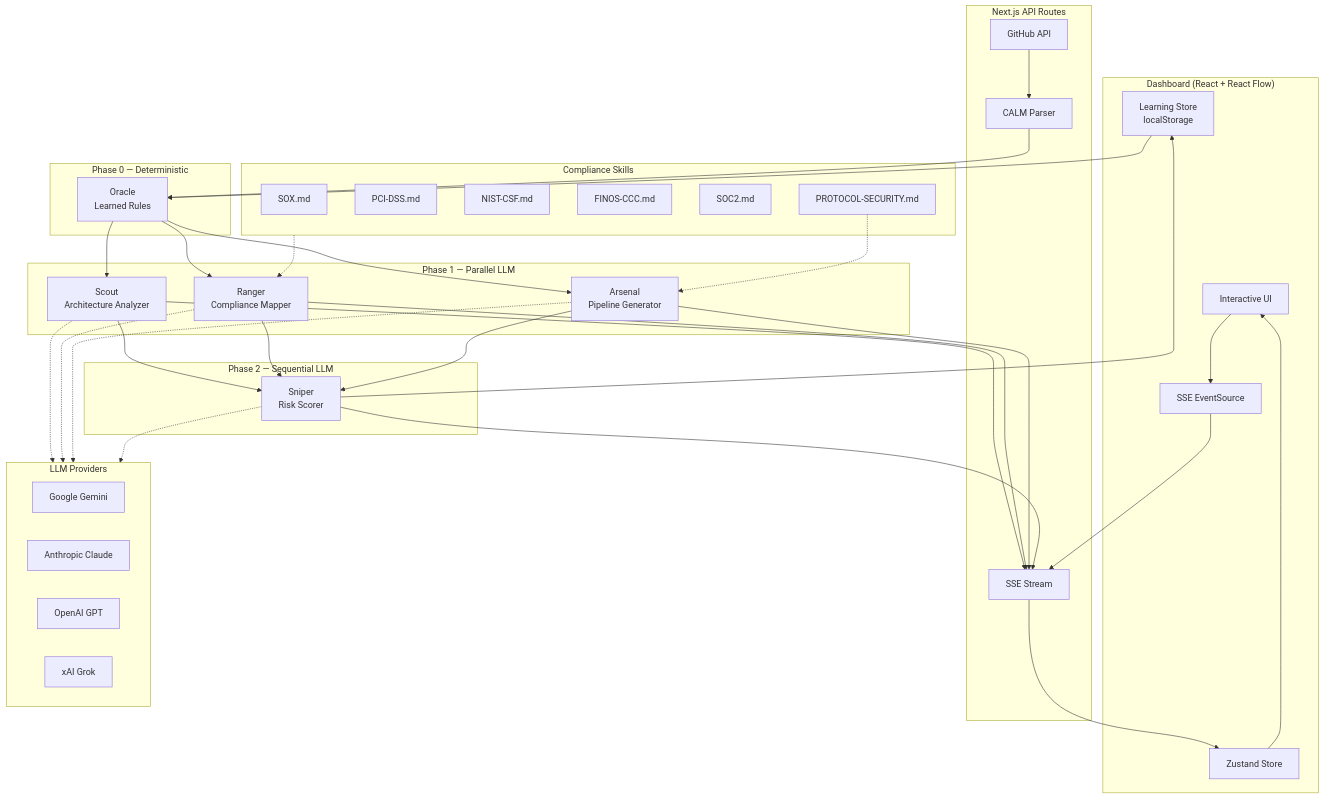
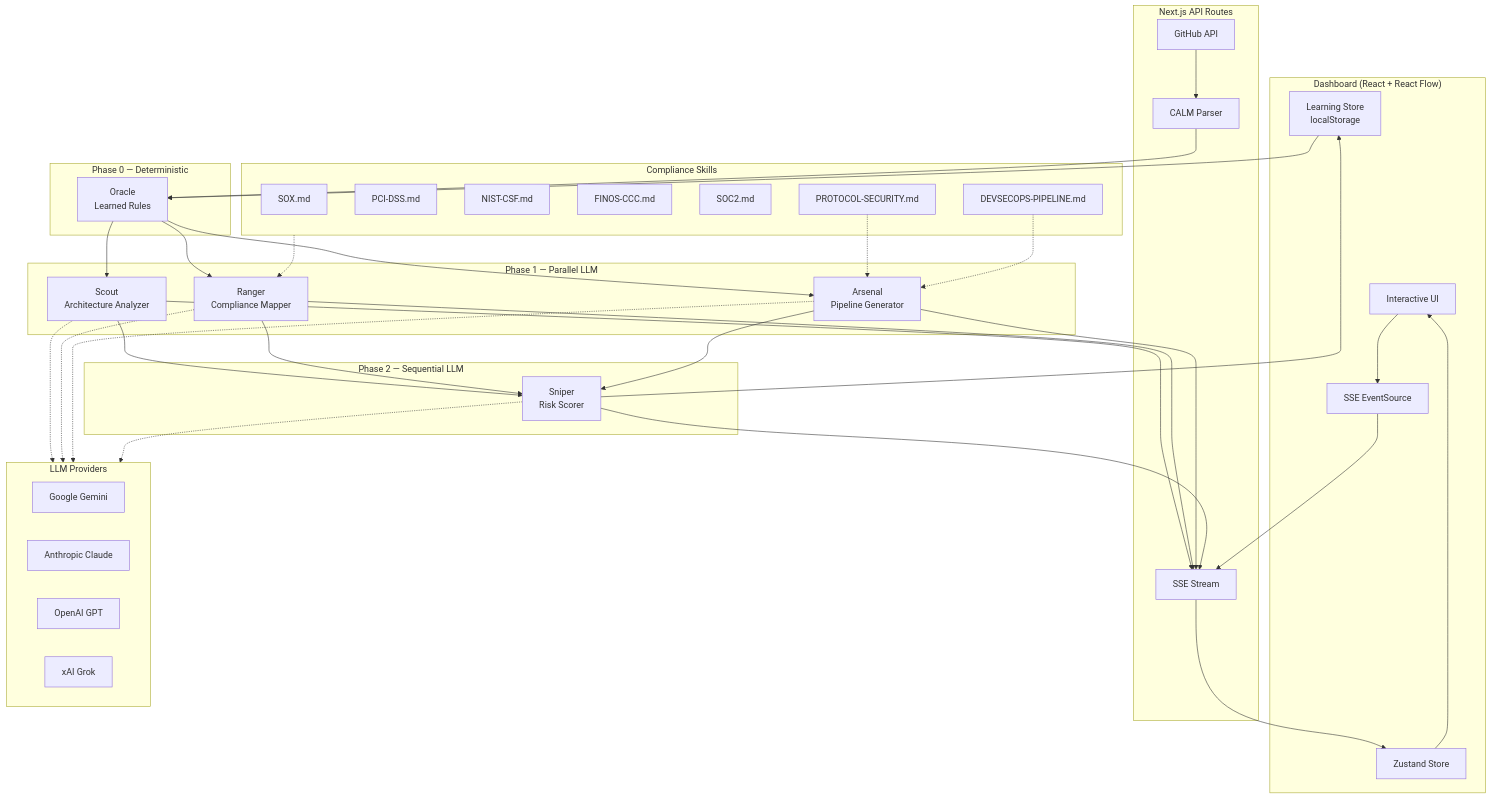
The diagram in README.md (opsflo/calmguard), drawn with Mermaid before and after one commit. The commit also changed other lines of this file, not shown here.

First line of the commit message:
docs: document pipeline capabilities and add MCP Server to roadmap

````diff
--- a/README.md
+++ b/README.md
@@ -98,57 +98,59 @@
 ```mermaid
 graph TB
     subgraph Client["Dashboard (React + React Flow)"]
         UI[Interactive UI]
         SSE[SSE EventSource]
         Store[Zustand Store]
         LS[Learning Store<br/>localStorage]
     end
 
     subgraph API["Next.js API Routes"]
         Parse[CALM Parser]
         Stream[SSE Stream]
         GH[GitHub API]
     end
 
     subgraph Phase0["Phase 0 — Deterministic"]
         Oracle["Oracle<br/>Learned Rules"]
     end
 
     subgraph Phase1["Phase 1 — Parallel LLM"]
         AA[Scout<br/>Architecture Analyzer]
         CM[Ranger<br/>Compliance Mapper]
         PG[Arsenal<br/>Pipeline Generator]
     end
 
     subgraph Phase2["Phase 2 — Sequential LLM"]
         RS[Sniper<br/>Risk Scorer]
     end
 
     subgraph Skills["Compliance Skills"]
         SOX[SOX.md]
         PCI[PCI-DSS.md]
         NIST[NIST-CSF.md]
         CCC[FINOS-CCC.md]
         SOC2[SOC2.md]
         PROTO[PROTOCOL-SECURITY.md]
+        DEVSEC[DEVSECOPS-PIPELINE.md]
     end
 
     subgraph Providers["LLM Providers"]
         Gemini[Google Gemini]
         Claude[Anthropic Claude]
         GPT[OpenAI GPT]
         Grok[xAI Grok]
     end
 
     UI --> SSE --> Stream
     Stream --> Store --> UI
     GH --> Parse
     LS --> Oracle
     Parse --> Oracle --> AA & CM & PG
     AA & CM & PG --> RS
     Skills -.-> CM
     PROTO -.-> PG
+    DEVSEC -.-> PG
     AA & CM & PG & RS -.-> Providers
     AA & CM & PG & RS --> Stream
     RS --> LS
 ```
````
